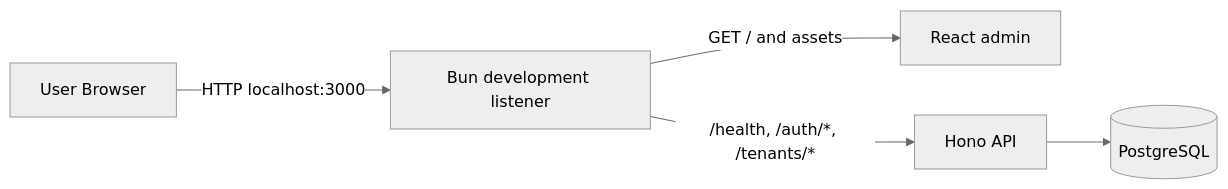
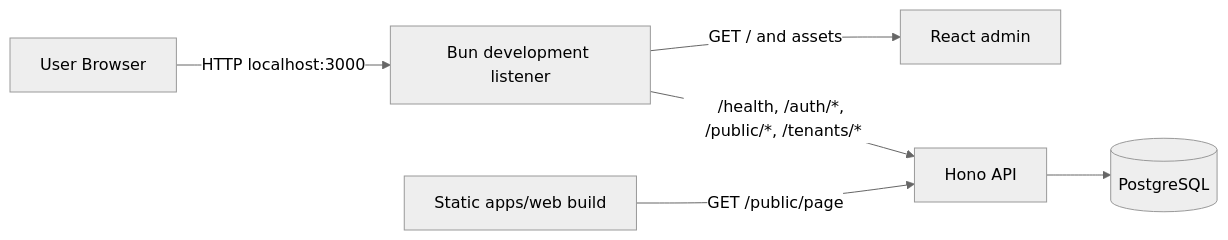
Before and after one commit to progentic/behr: the first of 4 diagrams in docs/ARCHITECTURE.md, drawn with Mermaid (neutral theme). The commit also changed other lines of this file and 25 other files, not shown here.

````diff
--- a/docs/ARCHITECTURE.md
+++ b/docs/ARCHITECTURE.md
@@ -42,10 +42,11 @@
 ```mermaid
 flowchart LR
 
     Browser[User Browser]
 
     Browser -->|HTTP localhost:3000| Dev[Bun development listener]
     Dev -->|GET / and assets| AdminApp[React admin]
-    Dev -->|/health, /auth/*, /tenants/*| API[Hono API]
+    Dev -->|/health, /auth/*, /public/*, /tenants/*| API[Hono API]
+    PublicApp[Static apps/web build] -->|GET /public/page| API
     API --> Postgres[(PostgreSQL)]
 ```
````
